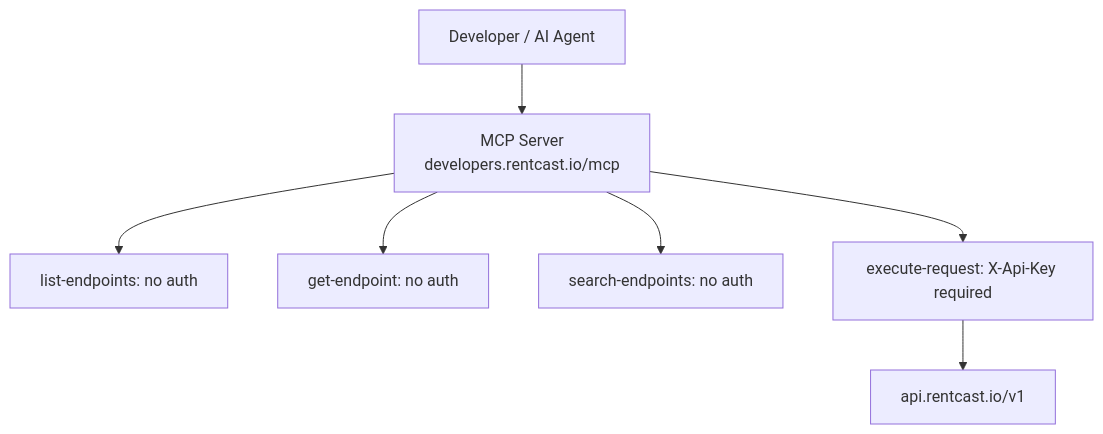
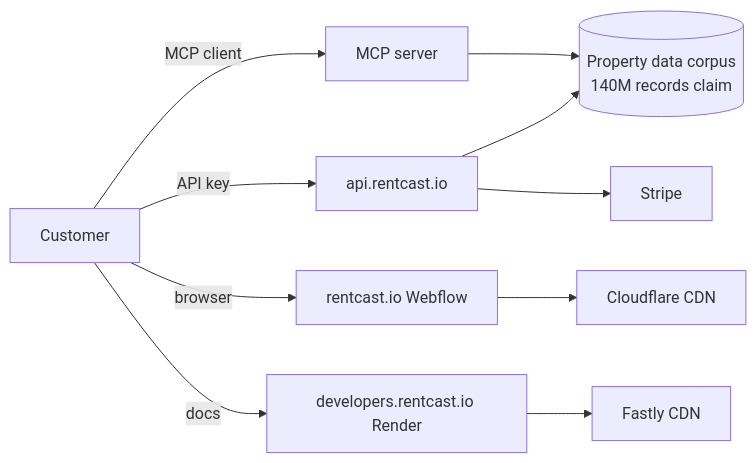
Before and after one commit to breverdbidder/everest-content: the diagram in dossiers/competitive-intel/RENTCAST-MCP-DOSSIER-V1.md, drawn with Mermaid. The commit also changed other lines of this file, not shown here.

Commit message:
feat(dossier): RentCast + DealCheck CI V6.5 narrative dossier V1 — synthesized from DB after SUMMIT-E ghost runs, V3-markered, all sections + mermaid + strategic recommendations

````diff
--- a/dossiers/competitive-intel/RENTCAST-MCP-DOSSIER-V1.md
+++ b/dossiers/competitive-intel/RENTCAST-MCP-DOSSIER-V1.md
@@ -113,9 +122,13 @@
 ```mermaid
-flowchart TD
-    Dev["Developer / AI Agent"] --> MCP["MCP Server\ndevelopers.rentcast.io/mcp"]
-    MCP --> T1[list-endpoints: no auth]
-    MCP --> T2[get-endpoint: no auth]
-    MCP --> T3[search-endpoints: no auth]
-    MCP --> T4[execute-request: X-Api-Key required]
-    T4 --> API["api.rentcast.io/v1"]
+graph LR
+  C[Customer]
+  C -->|API key| API[api.rentcast.io]
+  C -->|MCP client| MCP[MCP server]
+  C -->|browser| WEB[rentcast.io Webflow]
+  C -->|docs| DOCS[developers.rentcast.io Render]
+  API --> DB[(Property data corpus<br/>140M records claim)]
+  MCP --> DB
+  API --> ST[Stripe]
+  WEB --> CF[Cloudflare CDN]
+  DOCS --> FA[Fastly CDN]
 ```
````
